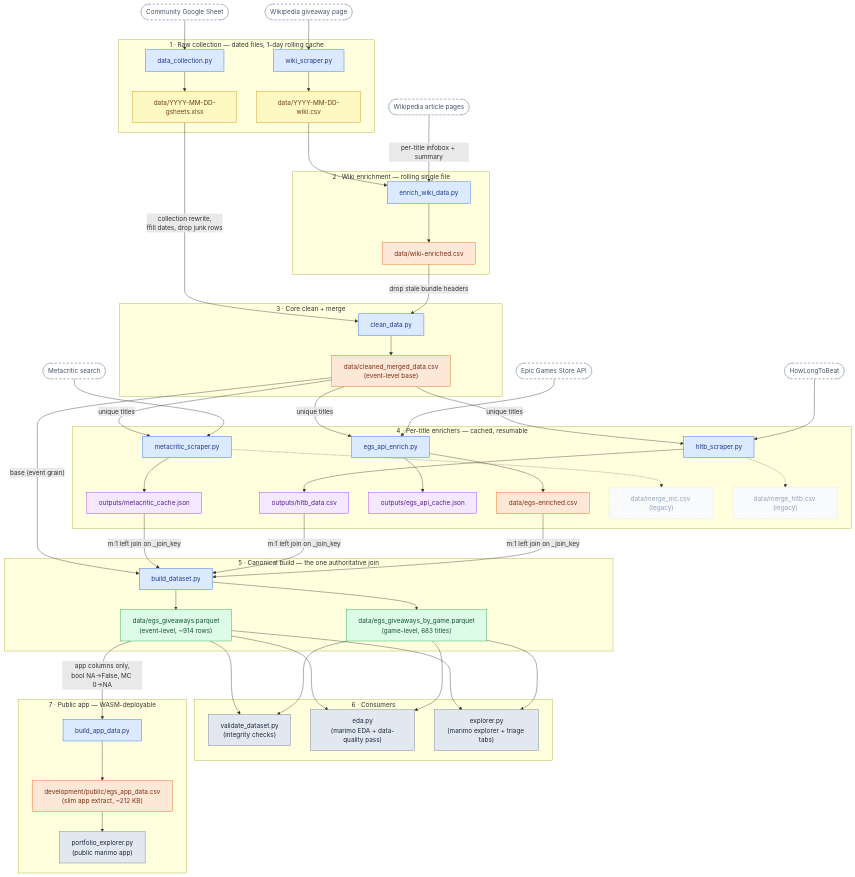
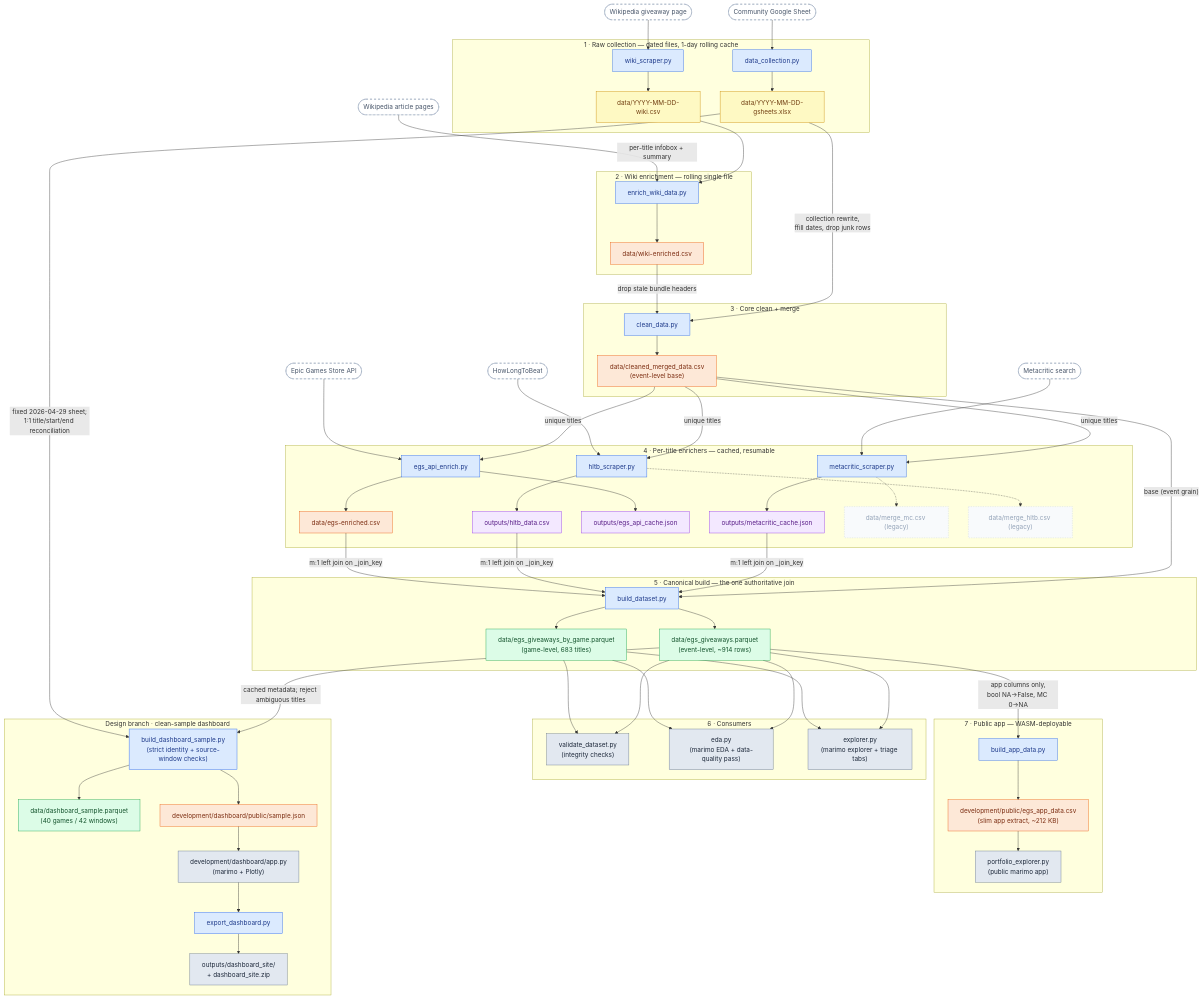
Before and after one commit to dylanbay11/EGS_project: the diagram in DIAGRAM.md, drawn with Mermaid. The commit also changed other lines of this file and 14 other files, not shown here.

Commit message:
Build source-reconciled Giveaway Atlas portfolio dashboard

````diff
--- a/DIAGRAM.md
+++ b/DIAGRAM.md
@@ -121,4 +121,21 @@
         APPCSV --> PEXP
     end
     EV -- "app columns only,<br>bool NA→False, MC 0→NA" --> BAD
+
+    %% isolated dashboard fixture, not a replacement for the canonical flow
+    subgraph MOCK["Design branch · clean-sample dashboard"]
+        DBS["build_dashboard_sample.py<br>(strict identity + source-window checks)"]:::script
+        DSP["data/dashboard_sample.parquet<br>(40 games / 42 windows)"]:::final
+        DSJ["development/dashboard/public/sample.json"]:::mid
+        DAPP["development/dashboard/app.py<br>(marimo + Plotly)"]:::consumer
+        DEXP["export_dashboard.py"]:::script
+        DSITE["outputs/dashboard_site/<br>+ dashboard_site.zip"]:::consumer
+        DBS --> DSP
+        DBS --> DSJ
+        DSJ --> DAPP
+        DAPP --> DEXP
+        DEXP --> DSITE
+    end
+    EV -- "cached metadata; reject ambiguous titles" --> DBS
+    RAWGS -- "fixed 2026-04-29 sheet;<br>1:1 title/start/end reconciliation" --> DBS
 ```
````
